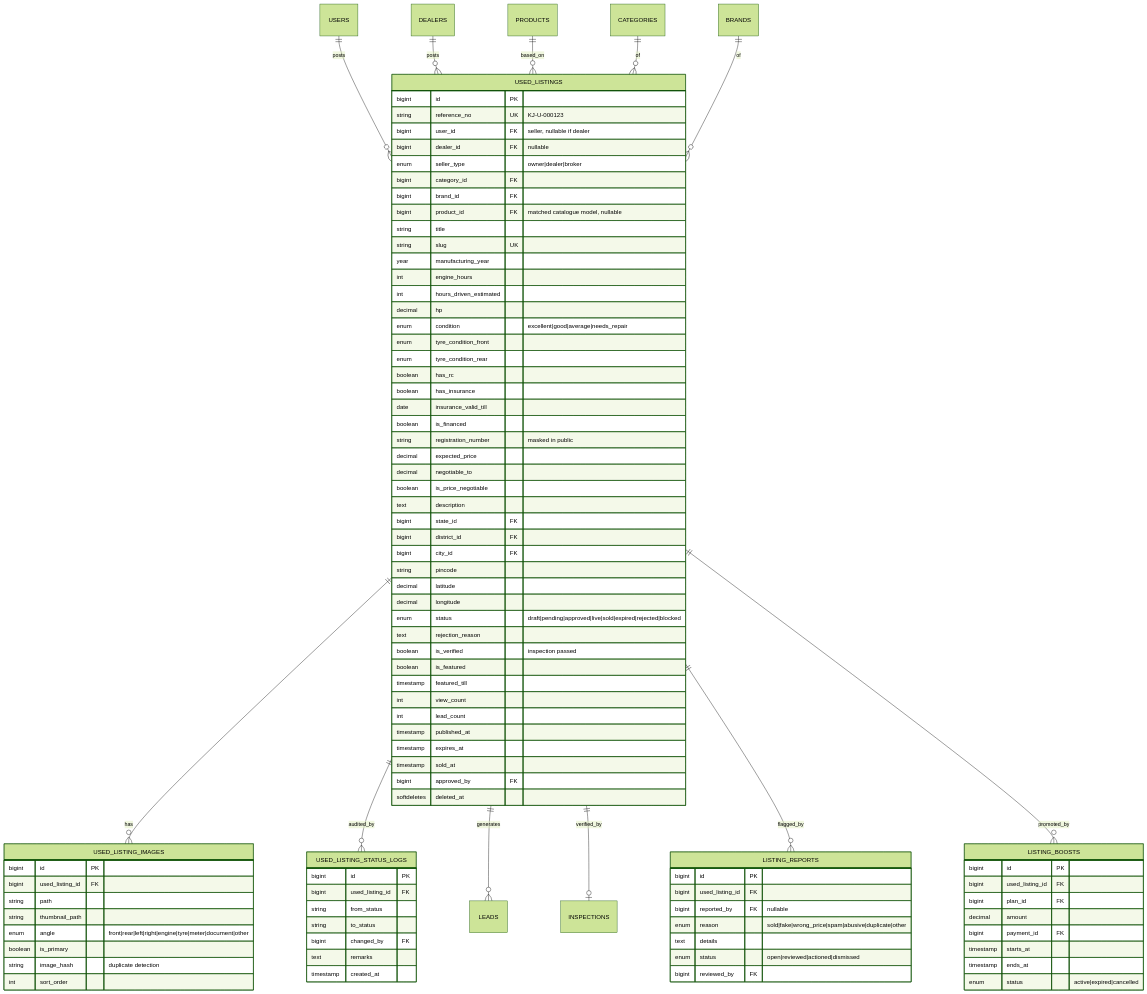
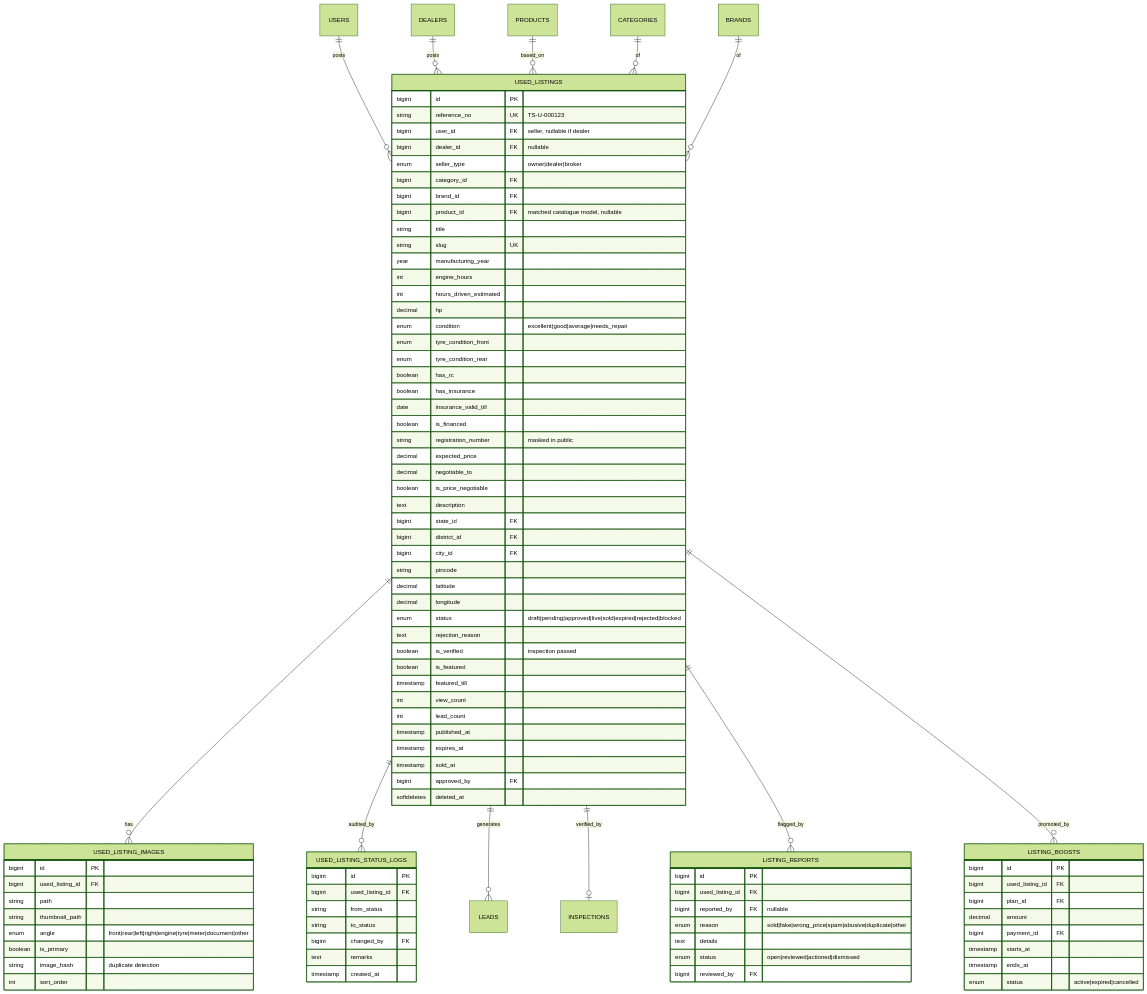
Before and after one commit to sudhanshu441/tractor-junction: the fifth of 13 diagrams in docs/02-ERD.md, drawn with Mermaid (forest theme). The commit also changed other lines of this file and 161 other files, not shown here.

```diff
--- a/docs/02-ERD.md
+++ b/docs/02-ERD.md
@@ -371,7 +371,7 @@
 
     USED_LISTINGS {
         bigint id PK
-        string reference_no UK "KJ-U-000123"
+        string reference_no UK "TS-U-000123"
         bigint user_id FK "seller, nullable if dealer"
         bigint dealer_id FK "nullable"
         enum seller_type "owner|dealer|broker"
```
